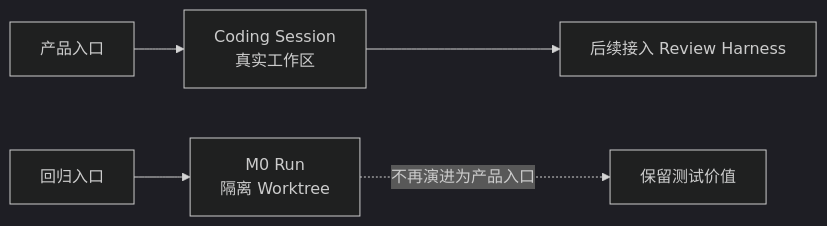
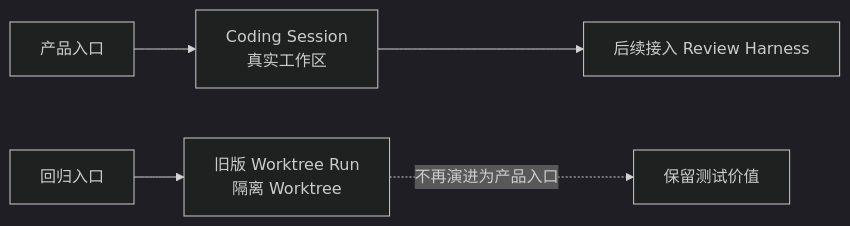
The third of 11 diagrams in docs/architecture/current-architecture.md (smile-gu/Code-Weave), drawn with Mermaid (dark theme) before and after one commit. The commit also changed other lines of this file and 169 other files, not shown here.

Commit message:
重构：隔离旧版 Worktree Run 并统一业务语义命名

````diff
--- a/docs/architecture/current-architecture.md
+++ b/docs/architecture/current-architecture.md
@@ -89,7 +89,7 @@
 ```mermaid
 flowchart LR
     P[产品入口] --> S[Coding Session<br/>真实工作区]
-    T[回归入口] --> M[M0 Run<br/>隔离 Worktree]
+    T[回归入口] --> M[旧版 Worktree Run<br/>隔离 Worktree]
     S --> N[后续接入 Review Harness]
     M -. 不再演进为产品入口 .-> X[保留测试价值]
 ```
````
